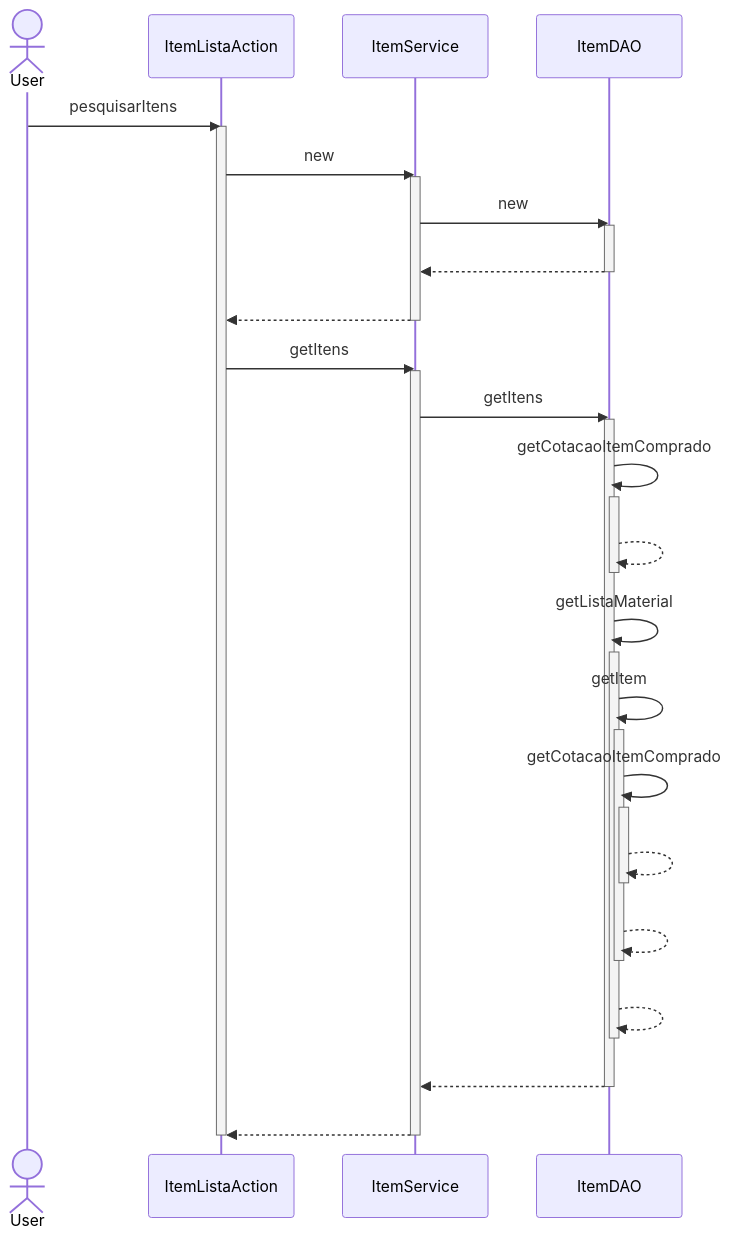
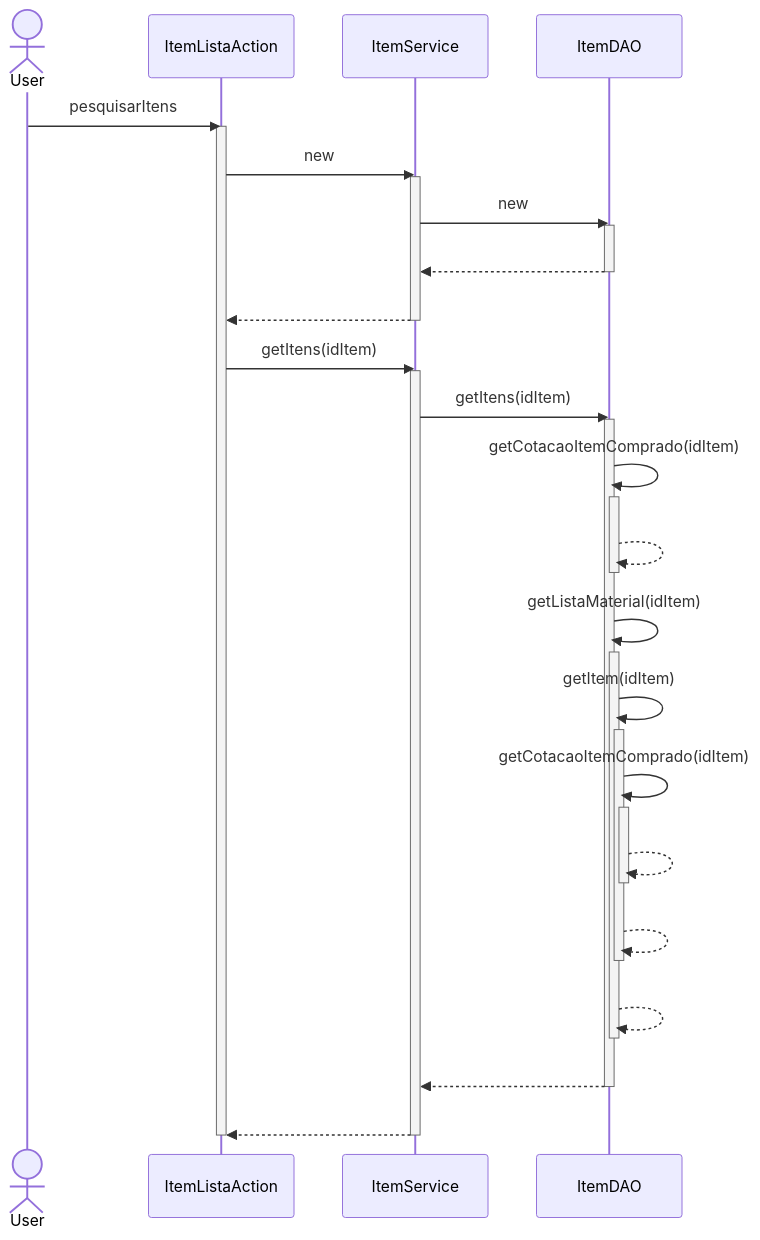
One commit to branqsMRP/SequenceDiagram changed the diagram in DiagramaSequencia/Novo Diagrama Sequencia/Item/Pesquisar Itens.mmd. Above: the diagram before and after it, drawn with Mermaid. The commit also changed 5 other files, not shown here.

```diff
--- a/DiagramaSequencia/Novo Diagrama Sequencia/Item/Pesquisar Itens.mmd
+++ b/DiagramaSequencia/Novo Diagrama Sequencia/Item/Pesquisar Itens.mmd
@@ -1,37 +1,37 @@
 sequenceDiagram
 actor User
 User ->> ItemListaAction : pesquisarItens
 activate ItemListaAction
 ItemListaAction ->> ItemService : new
 activate ItemService
 ItemService ->> ItemDAO : new
 activate ItemDAO
 ItemDAO -->> ItemService : #32; 
 deactivate ItemDAO
 ItemService -->> ItemListaAction : #32; 
 deactivate ItemService
-ItemListaAction ->> ItemService : getItens
+ItemListaAction ->> ItemService : getItens(idItem)
 activate ItemService
-ItemService ->> ItemDAO : getItens
+ItemService ->> ItemDAO : getItens(idItem)
 activate ItemDAO
-ItemDAO ->> ItemDAO : getCotacaoItemComprado
+ItemDAO ->> ItemDAO : getCotacaoItemComprado(idItem)
 activate ItemDAO
 ItemDAO -->> ItemDAO : #32; 
 deactivate ItemDAO
-ItemDAO ->> ItemDAO : getListaMaterial
+ItemDAO ->> ItemDAO : getListaMaterial(idItem)
 activate ItemDAO
-ItemDAO ->> ItemDAO : getItem
+ItemDAO ->> ItemDAO : getItem(idItem)
 activate ItemDAO
-ItemDAO ->> ItemDAO : getCotacaoItemComprado
+ItemDAO ->> ItemDAO : getCotacaoItemComprado(idItem)
 activate ItemDAO
 ItemDAO -->> ItemDAO : #32; 
 deactivate ItemDAO
 ItemDAO -->> ItemDAO : #32; 
 deactivate ItemDAO
 ItemDAO -->> ItemDAO : #32; 
 deactivate ItemDAO
 ItemDAO -->> ItemService : #32; 
 deactivate ItemDAO
 ItemService -->> ItemListaAction : #32; 
 deactivate ItemService
 deactivate ItemListaAction
```
